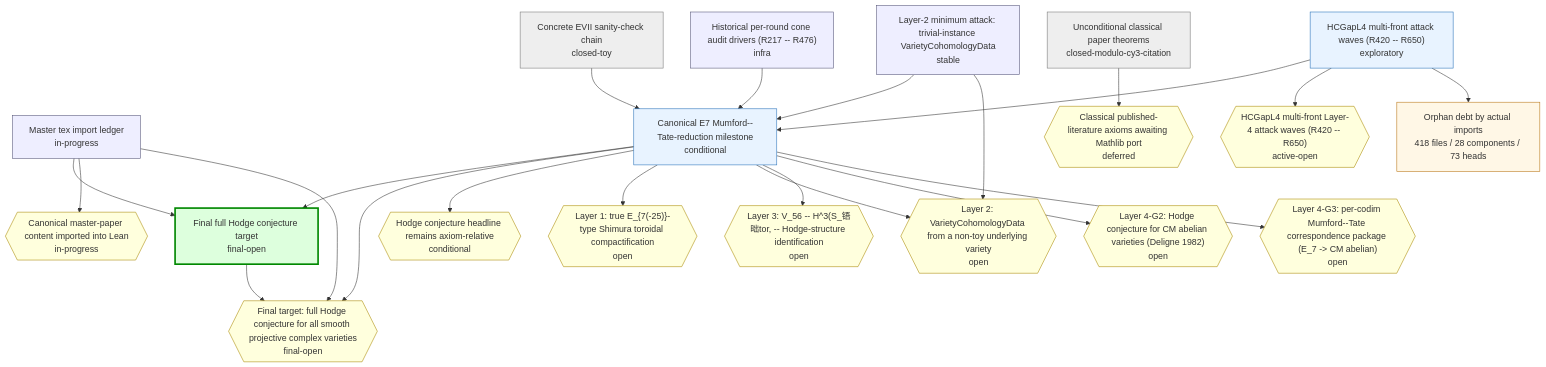
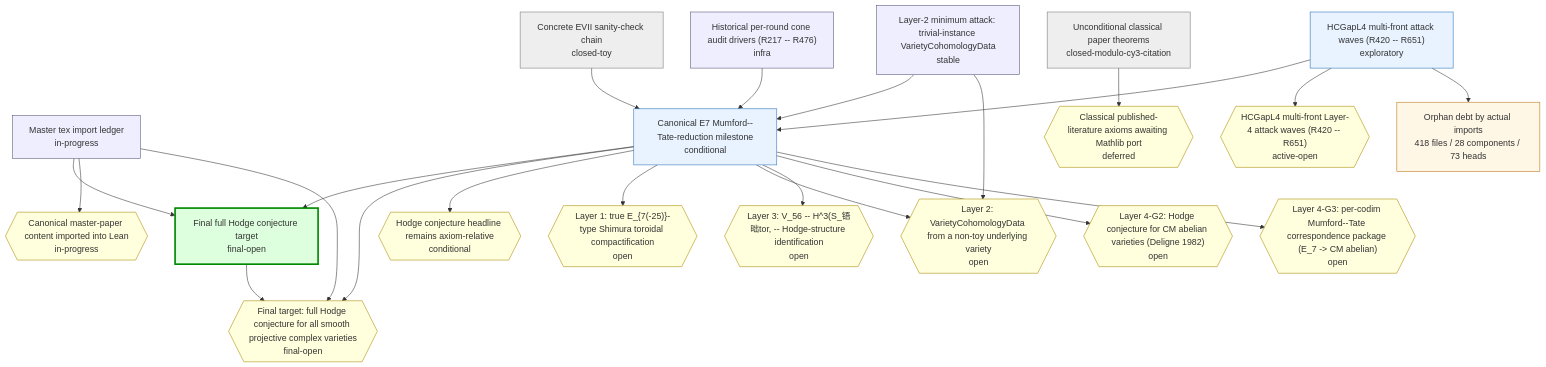
The first of 2 diagrams in chain-status/research-map.md (crabsatellite/hodge-conjecture-lean4-formalization), drawn with Mermaid before and after one commit. The commit also changed other lines of this file and 8 other files, not shown here.

````diff
--- a/chain-status/research-map.md
+++ b/chain-status/research-map.md
@@ -46,54 +46,54 @@
 ```mermaid
 graph TD
   classDef main fill:#dfd,stroke:#080,stroke-width:3px
   classDef active fill:#e8f3ff,stroke:#2670b8
   classDef support fill:#eef,stroke:#557
   classDef closed fill:#eee,stroke:#777
   classDef dead fill:#fdd,stroke:#a00,stroke-width:2px
   classDef gapOpen fill:#ffd,stroke:#a80
   classDef gapClosed fill:#eee,stroke:#777
   classDef gapDead fill:#fdd,stroke:#a00
   classDef debt fill:#fff7e6,stroke:#b87514
   classDef debtTaxonomy fill:#e8f3ff,stroke:#2670b8,stroke-dasharray:3 3
   classDef debtRule fill:#eefbea,stroke:#398439,stroke-dasharray:3 3
   classDef debtDead fill:#fdd,stroke:#a00,stroke-dasharray:3 3
   chain_full_hc_final_target["Final full Hodge conjecture target\nfinal-open"]:::main
   chain_master_paper_import_ledger["Master tex import ledger\nin-progress"]:::support
   chain_main_hc_axiom_relative["Canonical E7 Mumford--Tate-reduction milestone\nconditional"]:::active
   chain_unconditional_classical["Unconditional classical paper theorems\nclosed-modulo-cy3-citation"]:::closed
   chain_hcgap_l2_trivial_instances["Layer-2 minimum attack: trivial-instance VarietyCohomologyData\nstable"]:::support
-  chain_hcgap_l4_multifront_active["HCGapL4 multi-front attack waves (R420 -- R650)\nexploratory"]:::active
+  chain_hcgap_l4_multifront_active["HCGapL4 multi-front attack waves (R420 -- R651)\nexploratory"]:::active
   chain_concrete_evii_toy["Concrete EVII sanity-check chain\nclosed-toy"]:::closed
   chain_historical_cone_audits["Historical per-round cone audit drivers (R217 -- R476)\ninfra"]:::support
   gap_G_full_hc{{"Final target: full Hodge conjecture for all smooth projective complex varieties\nfinal-open"}}:::gapOpen
   gap_G_master_paper_import{{"Canonical master-paper content imported into Lean\nin-progress"}}:::gapOpen
   gap_G_main_hc{{"Hodge conjecture headline remains axiom-relative\nconditional"}}:::gapOpen
   gap_G_l1_e7_shimura_tor{{"Layer 1: true E_{7(-25)}-type Shimura toroidal compactification\nopen"}}:::gapOpen
   gap_G_l2_cohomology_construction{{"Layer 2: VarietyCohomologyData from a non-toy underlying variety\nopen"}}:::gapOpen
   gap_G_l3_v56_mt_identification{{"Layer 3: V_56 -- H^3(S_铻昢tor, -- Hodge-structure identification\nopen"}}:::gapOpen
   gap_G_l4_cm_abelian_hc{{"Layer 4-G2: Hodge conjecture for CM abelian varieties (Deligne 1982)\nopen"}}:::gapOpen
   gap_G_l4_mt_correspondence{{"Layer 4-G3: per-codim Mumford--Tate correspondence package (E_7 -> CM abelian)\nopen"}}:::gapOpen
   gap_G_classical_mathlib_port{{"Classical published-literature axioms awaiting Mathlib port\ndeferred"}}:::gapOpen
-  gap_G_hcgap_l4_multifront{{"HCGapL4 multi-front Layer-4 attack waves (R420 -- R650)\nactive-open"}}:::gapOpen
+  gap_G_hcgap_l4_multifront{{"HCGapL4 multi-front Layer-4 attack waves (R420 -- R651)\nactive-open"}}:::gapOpen
   chain_full_hc_final_target --> gap_G_full_hc
   chain_master_paper_import_ledger --> chain_full_hc_final_target
   chain_master_paper_import_ledger --> gap_G_master_paper_import
   chain_master_paper_import_ledger --> gap_G_full_hc
   chain_main_hc_axiom_relative --> chain_full_hc_final_target
   chain_main_hc_axiom_relative --> gap_G_full_hc
   chain_main_hc_axiom_relative --> gap_G_main_hc
   chain_main_hc_axiom_relative --> gap_G_l1_e7_shimura_tor
   chain_main_hc_axiom_relative --> gap_G_l2_cohomology_construction
   chain_main_hc_axiom_relative --> gap_G_l3_v56_mt_identification
   chain_main_hc_axiom_relative --> gap_G_l4_cm_abelian_hc
   chain_main_hc_axiom_relative --> gap_G_l4_mt_correspondence
   chain_unconditional_classical --> gap_G_classical_mathlib_port
   chain_hcgap_l2_trivial_instances --> chain_main_hc_axiom_relative
   chain_hcgap_l2_trivial_instances --> gap_G_l2_cohomology_construction
   chain_hcgap_l4_multifront_active --> chain_main_hc_axiom_relative
   chain_hcgap_l4_multifront_active --> gap_G_hcgap_l4_multifront
   chain_concrete_evii_toy --> chain_main_hc_axiom_relative
   chain_historical_cone_audits --> chain_main_hc_axiom_relative
   debt_all["Orphan debt by actual imports\n418 files / 28 components / 73 heads"]:::debt
   chain_hcgap_l4_multifront_active --> debt_all
 ```
````
